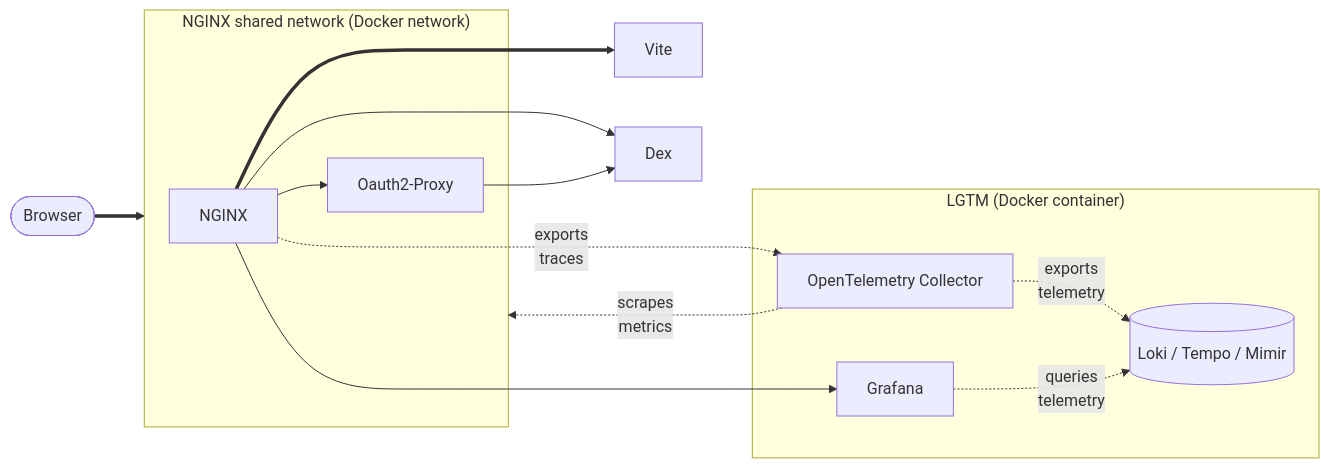
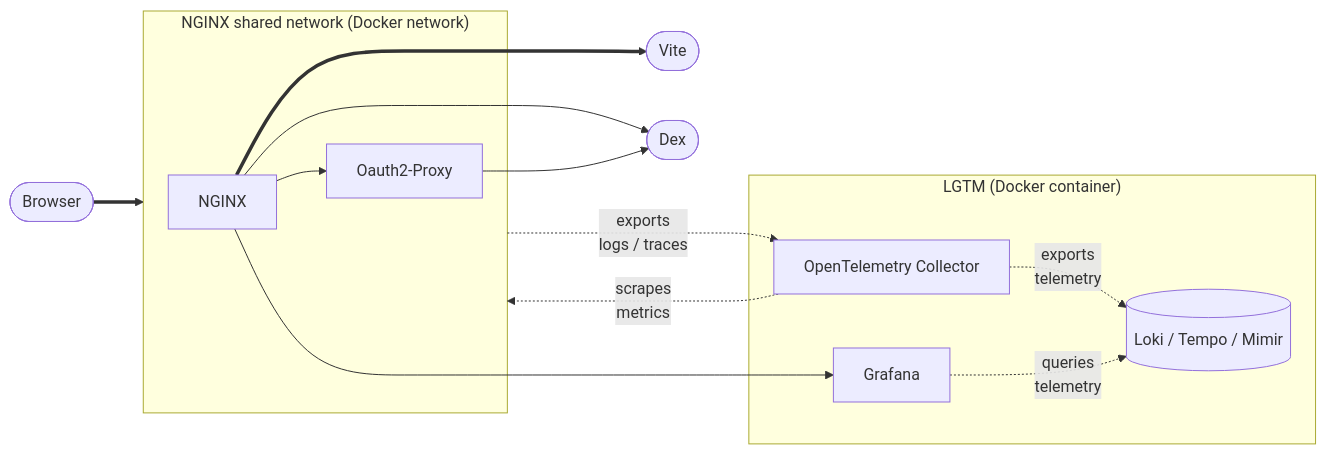
The first of 2 diagrams in examples/telemetry/README.md (blakearoberts/visage), drawn with Mermaid before and after one commit. The commit also changed other lines of this file and 11 other files, not shown here.

````diff
--- a/examples/telemetry/README.md
+++ b/examples/telemetry/README.md
@@ -5,22 +12,22 @@
 ```mermaid
 flowchart LR
   subgraph network["NGINX shared network (Docker network)"]
     NGINX --> Oauth2-Proxy
   end
 
   browser([Browser]) ==> network
-  NGINX ===> Vite
-  NGINX --> Dex
-  Oauth2-Proxy --> Dex
+  NGINX ===> vite([Vite])
+  NGINX --> idp([Dex])
+  Oauth2-Proxy --> idp
 
   subgraph "LGTM (Docker container)"
     storage[(Loki / Tempo / Mimir)]
     otelcol[OpenTelemetry Collector]
     otelcol -.->|exports</br>telemetry| storage
     Grafana -.->|queries</br>telemetry| storage
   end
 
   NGINX --> Grafana
-  NGINX -.->|exports</br>traces| otelcol
+  network -.->|exports</br>logs / traces| otelcol
   otelcol -...->|scrapes</br>metrics| network
 ```
````
